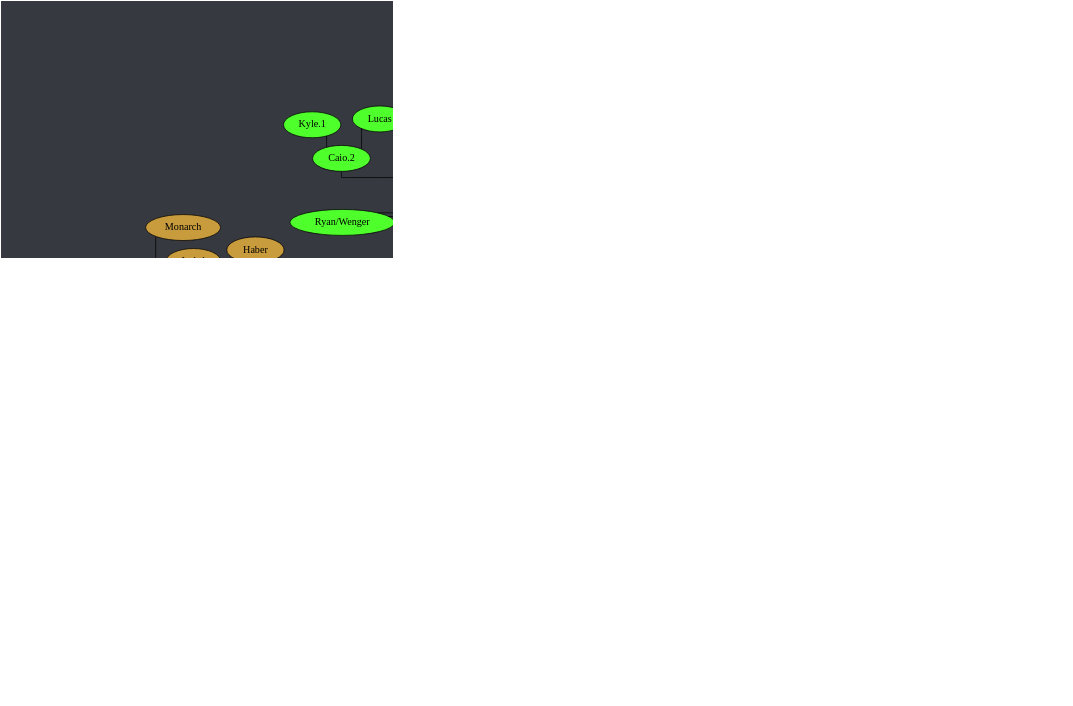
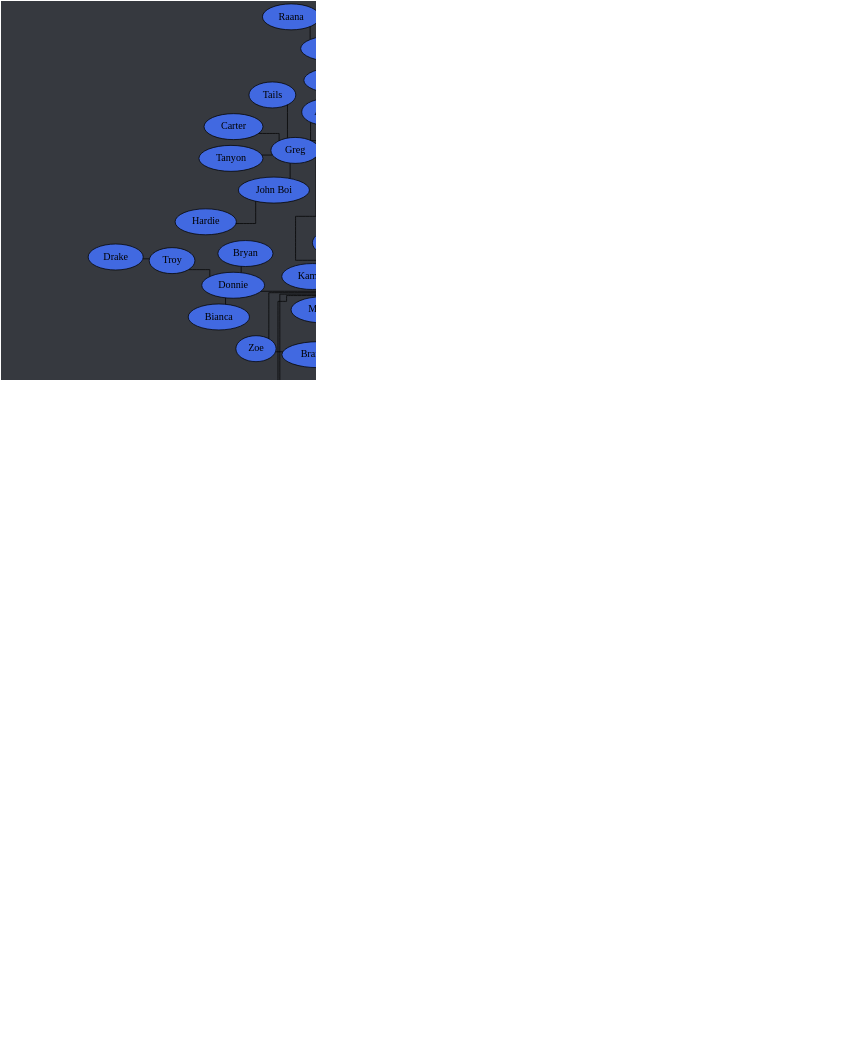
Before and after one commit to Documidas/CoronaCatzFamilyTree: the diagram in tree.dot, drawn with Graphviz. The commit also changed 1 other file, not shown here.

Commit message:
Add Danny

```diff
--- a/tree.dot
+++ b/tree.dot
@@ -1,177 +1,178 @@
 strict graph {
 	// Layout Configuration
 	layout = neato;
 	dpi = 200;
 	epsilon = 0.01;
 	mode = major;
 	model = subset;
 	overlap = false;
 	splines = ortho;
 	start = rand;
 
 	// Visual Configuration
 	graph [ truecolor=true bgcolor="#36393f" ];
 	node [ style=filled fillcolor="gray" fontcolor="black" ];
 
 	subgraph "Joel" {
 		node [ style=filled fillcolor="firebrick4" fontcolor="white" ];
 		Joel [ style=filled fillcolor="gold" fontcolor="black" ];
 
 		Cayla -- "Ali.1";
 		Cayla -- Jonathan;
 		Cayla -- Kate;
 		Cayla -- Ranger;
 		Joel -- Anders;
 		Joel -- Cayla;
 		Joel -- Conner;
 		Joel -- Jared;
 		Joel -- Kat;
 		Joel -- Patrick;
 		Joel -- Steven;
 	}
 
 	subgraph "Anders" {
 		node [ style=filled fillcolor="green4" fontcolor="white" ];
 		// Anders [ style=filled fillcolor="green4" fontcolor="white" ];
 
 		Anders -- Chiara;
 		Anders -- Cody;
 		Anders -- Daniel;
 		Anders -- Derek;
 		Anders -- DJ;
 		Anders -- Hahnur;
 		Anders -- Jen;
 		Anders -- "Matt.2";
 		Anders -- Solis;
 		Anders -- Will;
 		Anders -- Wyatt;
 		Anders -- Zach;
 	}
 
 	subgraph "Jared" {
 		node [ style=filled fillcolor="royalblue" fontcolor="black" ];
 		// Jared [ style=filled fillcolor="royalblue" fontcolor="black" ];
 
 		Andrew -- Hannah;
 		Cole -- "Shadia/SJ";
 		Donnie -- Bianca;
 		Donnie -- Bryan;
 		Donnie -- Troy;
 		Greg -- "Ali.2";
 		Greg -- Andrew;
 		Greg -- Carter;
 		Greg -- "John Boi";
 		Greg -- Tails;
 		Greg -- Tanyon;
 		Hannah -- Raana;
 		Jared -- Brandi;
 		Jared -- Dave;
 		Jared -- Donnie;
 		Jared -- Fabi;
 		Jared -- "Jack.2";
 		Jared -- Cole;
 		Jared -- Kamon;
 		Jared -- Greg;
 		Jared -- Isabelle;
 		Jared -- Mason;
 		Jared -- "Matt.1";
 		Jared -- Mehmet;
 		Jared -- Nam;
 		Jared -- Pixie;
 		Jared -- Shannon;
 		Jared -- Spencer;
 		Jared -- Tyler;
 		Jared -- "Zach/Laniakea";
 		Jared -- Zoe;
 		"John Boi" -- Hardie;
 		"Shadia/SJ" -- Kalel;
 		"Shadia/SJ" -- Tommy;
+		Tommy -- Danny;
 		Troy -- Drake;
 		Tyler -- Gaby;
 		Zoe -- Brandon;
 	}
 
 	subgraph "Zach/Laniakea" {
 		node [ style=filled fillcolor="#4eff2c" fontcolor="black" ];
 		// "Zach/Laniakea" [ style=filled fillcolor="#4eff2c" fontcolor="black" ];
 
 		"Caio.2" -- "Kyle.1";
 		"Caio.2" -- Lucas;
 		Kuri -- "Andrew/Spook";
 		Kuri -- Jon;
 		Kuri -- Karma;
 		"Ryan/Wenger" -- Gracie;
 		"Zach/Laniakea" -- Allen;
 		"Zach/Laniakea" -- "Caio.2";
 		"Zach/Laniakea" -- Colin;
 		"Zach/Laniakea" -- John;
 		"Zach/Laniakea" -- Logan;
 		"Zach/Laniakea" -- Kevin;
 		"Zach/Laniakea" -- Kuri;
 		"Zach/Laniakea" -- "Kyle.0";
 		"Zach/Laniakea" -- Mike;
 		"Zach/Laniakea" -- "Ryan/Wenger";
 		"Zach/Laniakea" -- "Ukko";
 	}
 
 	subgraph "John" {
 		node [ style=filled fillcolor="#c89b3c" fontcolor="black" ];
 		// John [ style=filled fillcolor="#c89b3c" fontcolor="black" ];
 
 		John -- Anna;
 		John -- Emily;
 		John -- Haber;
 		John -- Jay;
 		John -- "Jack.1";
 		John -- Lara;
 		John -- Monarch;
 		John -- Thomas;
 	}
 
 	subgraph "John-stream" {
 		// node [ style=filled fillcolor="#9147ff" fontcolor="black" ];
 		node [ style=filled fillcolor="#c89b3c" fontcolor="black" ];
 
 		John -- "Michael/Wheezy";
 	}
 
 	subgraph "Thomas" {
 		node [ style=filled fillcolor="#b04900" fontcolor="black" ];
 		// Thomas [ style=filled fillcolor="#b04900" fontcolor="black" ];
 
 		Thomas -- Alex;
 		Thomas -- Bob;
 		Thomas -- Dre;
 		Thomas -- JD;
 		Thomas -- Josh;
 		Thomas -- Juan;
 		Thomas -- Taylor;
 		Thomas -- Tony;
 		Thomas -- Travis;
 	}
 
 	subgraph "Alex" {
 		node [ style=filled fillcolor="#6f2da8" fontcolor="white" ];
 		// Alex [ style=filled fillcolor="#6f2da8" fontcolor="black" ];
 
 		Alex -- "Alex/Blitt";
 		Alex -- "Da'Von";
 		Alex -- Sam;
 		"Alex/Blitt" -- Alan;
 		"Alex/Blitt" -- "Alex the 3rd";
 		"Alex/Blitt" -- Brian;
 		"Alex/Blitt" -- Carlos;
 		"Alex/Blitt" -- Chris;
 		"Alex/Blitt" -- Gabriel;
 		"Alex/Blitt" -- "Kyle.3";
 		"Alex/Blitt" -- Laske;
 		"Alex/Blitt" -- Mikael;
 		"Alex/Blitt" -- "Ryan.1";
 		"Alex/Blitt" -- "Sam.2";
 		"Da'Von" -- Dalton;
 		"Da'Von" -- Zeller;
 		Dalton -- Graysen;
 		Gabriel -- "Ryan.2";
 		Zeller -- Sierra;
 	}
 }
```
